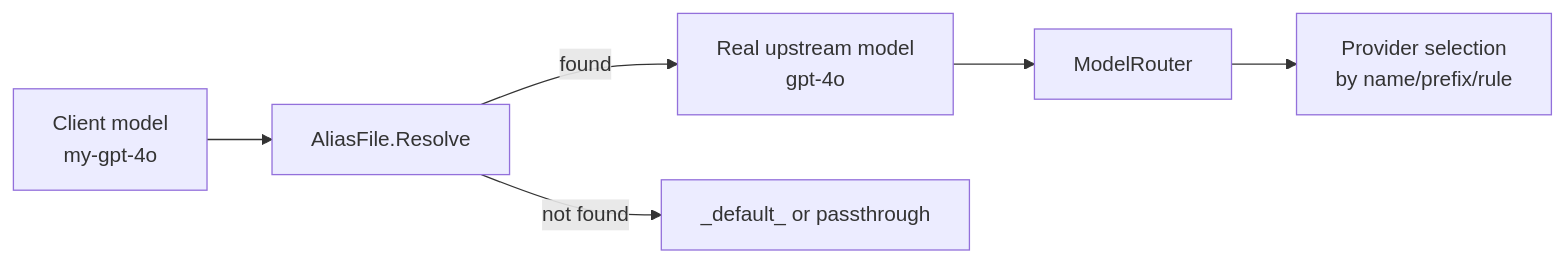
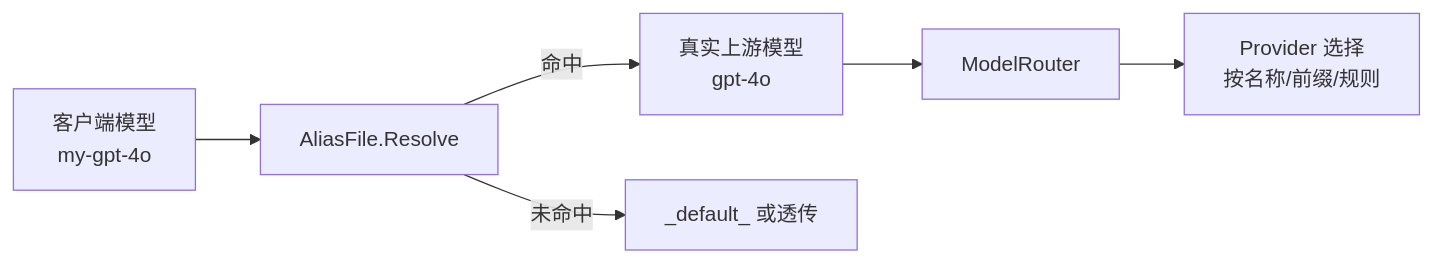
The sixth of 7 diagrams in docs/ARCHITECTURE.md (yejinlei/agent-proxy), drawn with Mermaid before and after one commit. The commit also changed other lines of this file and 5 other files, not shown here.

Commit message:
docs: fix mermaid quote escaping in 4 Chinese docs + interactive HTML zh

````diff
--- a/docs/ARCHITECTURE.md
+++ b/docs/ARCHITECTURE.md
@@ -308,8 +308,8 @@
 ```mermaid
 flowchart LR
-    A[Client model<br/>my-gpt-4o] --> B[AliasFile.Resolve]
-    B -->|found| C[Real upstream model<br/>gpt-4o]
-    B -->|not found| D[_default_ or passthrough]
+    A["客户端模型<br/>my-gpt-4o"] --> B[AliasFile.Resolve]
+    B -->|命中| C["真实上游模型<br/>gpt-4o"]
+    B -->|未命中| D["_default_ 或透传"]
     C --> E[ModelRouter]
-    E --> F[Provider selection<br/>by name/prefix/rule]
+    E --> F["Provider 选择<br/>按名称/前缀/规则"]
 ```
````
